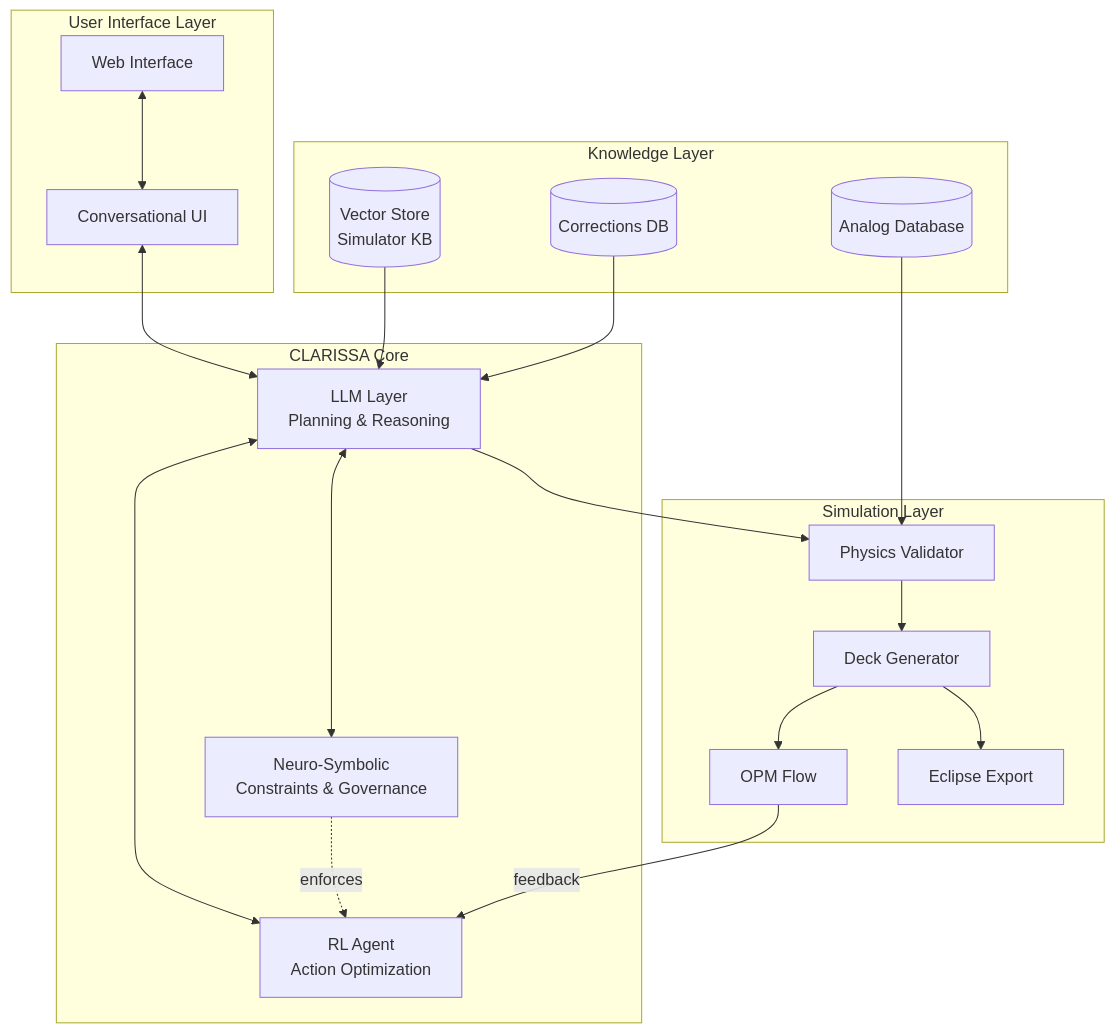
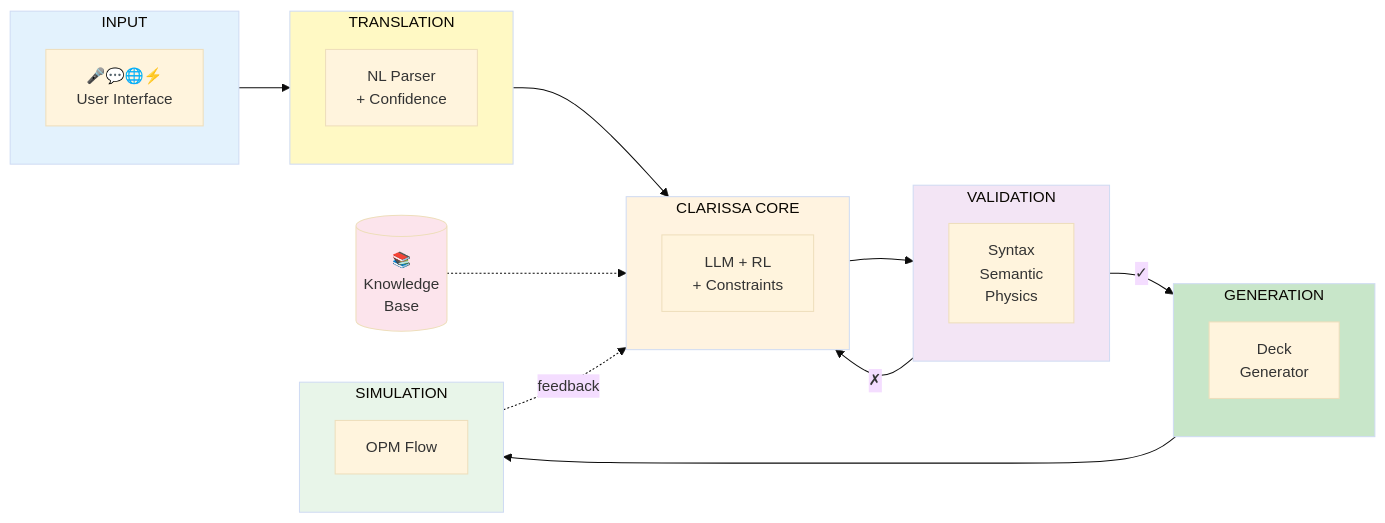
Before and after one commit to wolfram-laube/clarissa: the diagram in conference/spe-europe-2026/diagrams/architecture.mmd, drawn with Mermaid. The commit also changed 5 other files, not shown here.

First line of the commit message:
docs: update Mermaid diagram sources with corrections

```diff
--- a/conference/spe-europe-2026/diagrams/architecture.mmd
+++ b/conference/spe-europe-2026/diagrams/architecture.mmd
@@ -1,41 +1,42 @@
-flowchart TB
-    subgraph USER["User Interface Layer"]
-        CUI[Conversational UI]
-        WEB[Web Interface]
+%%{init: {'theme': 'base', 'themeVariables': {'fontSize': '15px'}}}%%
+flowchart LR
+    subgraph IN["INPUT"]
+        A["🎤💬🌐⚡<br/>User Interface"]
     end
 
-    subgraph CORE["CLARISSA Core"]
-        LLM[LLM Layer<br/>Planning & Reasoning]
-        RL[RL Agent<br/>Action Optimization]
-        NSC[Neuro-Symbolic<br/>Constraints & Governance]
+    subgraph TRANS["TRANSLATION"]
+        B["NL Parser<br/>+ Confidence"]
     end
 
-    subgraph SIMULATION["Simulation Layer"]
-        VAL[Physics Validator]
-        GEN[Deck Generator]
-        OPM[OPM Flow]
-        EXP[Eclipse Export]
+    subgraph CORE["CLARISSA CORE"]
+        C["LLM + RL<br/>+ Constraints"]
     end
 
-    subgraph KNOWLEDGE["Knowledge Layer"]
-        VDB[(Vector Store<br/>Simulator KB)]
-        ADB[(Analog Database)]
-        CDB[(Corrections DB)]
+    subgraph VAL["VALIDATION"]
+        D["Syntax<br/>Semantic<br/>Physics"]
     end
 
-    CUI <--> LLM
-    WEB <--> CUI
-    LLM <--> RL
-    LLM <--> NSC
-    NSC -.->|enforces| RL
+    subgraph GEN["GENERATION"]
+        E["Deck<br/>Generator"]
+    end
+
+    subgraph SIM["SIMULATION"]
+        F["OPM Flow"]
+    end
+
+    KB[("📚<br/>Knowledge<br/>Base")]
+
+    IN --> TRANS --> CORE --> VAL
+    VAL -->|"✓"| GEN --> SIM
+    VAL -->|"✗"| CORE
     
-    LLM --> VAL
-    VAL --> GEN
-    GEN --> OPM
-    GEN --> EXP
-    
-    OPM -->|feedback| RL
-    
-    VDB --> LLM
-    ADB --> VAL
-    CDB --> LLM
+    KB -.-> CORE
+    SIM -.->|"feedback"| CORE
+
+    style IN fill:#e3f2fd
+    style TRANS fill:#fff9c4
+    style CORE fill:#fff3e0
+    style VAL fill:#f3e5f5
+    style GEN fill:#c8e6c9
+    style SIM fill:#e8f5e9
+    style KB fill:#fce4ec
```
